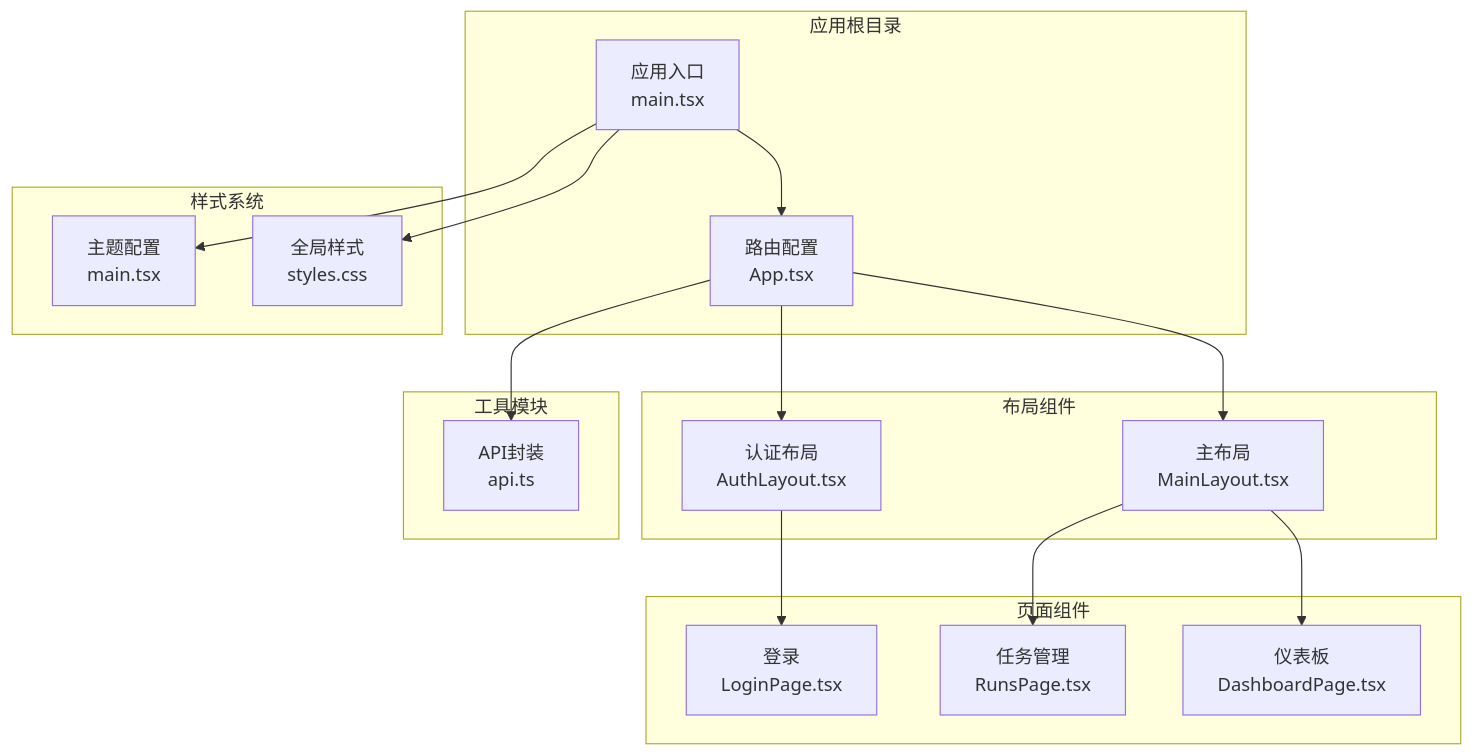
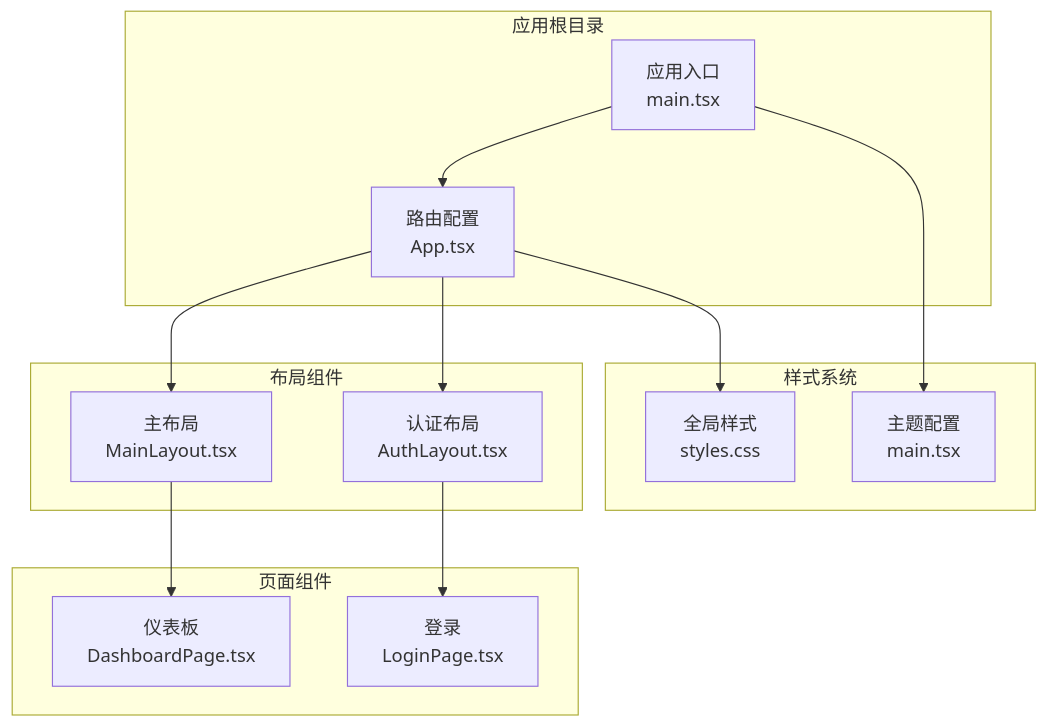
The first of 7 diagrams in .qoder/repowiki/zh/content/前端组件架构/布局组件.md (hanksd769-droid/sailshub), drawn with Mermaid before and after one commit. The commit also changed other lines of this file and 3 other files, not shown here.

````diff
--- a/.qoder/repowiki/zh/content/前端组件架构/布局组件.md
+++ b/.qoder/repowiki/zh/content/前端组件架构/布局组件.md
@@ -38,32 +41,26 @@
 ```mermaid
 graph TB
 subgraph "应用根目录"
 Root[应用入口<br/>main.tsx]
 App[路由配置<br/>App.tsx]
 end
 subgraph "布局组件"
 MainLayout[主布局<br/>MainLayout.tsx]
 AuthLayout[认证布局<br/>AuthLayout.tsx]
 end
 subgraph "页面组件"
 Dashboard[仪表板<br/>DashboardPage.tsx]
 Login[登录<br/>LoginPage.tsx]
-Runs[任务管理<br/>RunsPage.tsx]
 end
 subgraph "样式系统"
 Styles[全局样式<br/>styles.css]
 Theme[主题配置<br/>main.tsx]
 end
-subgraph "工具模块"
-API[API封装<br/>api.ts]
-end
 Root --> App
 App --> MainLayout
 App --> AuthLayout
 MainLayout --> Dashboard
-MainLayout --> Runs
 AuthLayout --> Login
-App --> API
-Root --> Styles
+App --> Styles
 Root --> Theme
 ```
````
